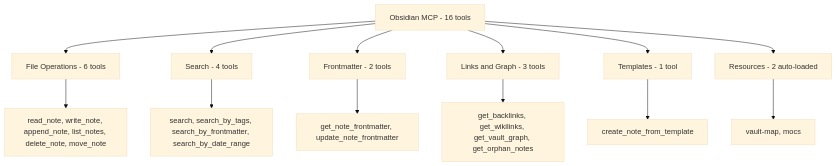
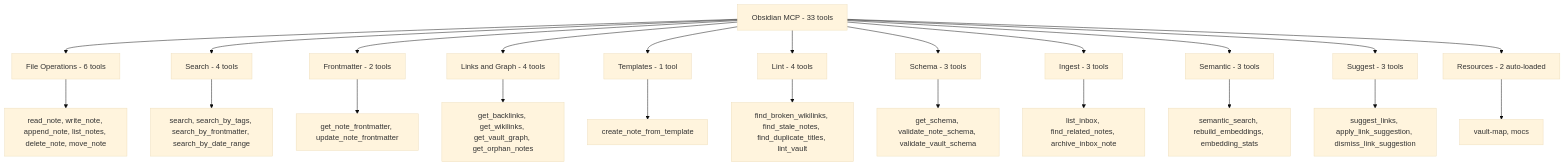
Before and after one commit to punparin/obsidian-mcp: the second of 3 diagrams in README.md, drawn with Mermaid (base theme). The commit also changed other lines of this file and 2 other files, not shown here.

Commit message:
docs: refresh tool counts and embedder notes for v0.8 (#26)

````diff
--- a/README.md
+++ b/README.md
@@ -32,18 +32,28 @@
 ```mermaid
 flowchart TD
-    MCP[Obsidian MCP - 16 tools]
+    MCP[Obsidian MCP - 33 tools]
 
     MCP --> FileOps[File Operations - 6 tools]
     MCP --> Search[Search - 4 tools]
     MCP --> Meta[Frontmatter - 2 tools]
-    MCP --> Links[Links and Graph - 3 tools]
+    MCP --> Links[Links and Graph - 4 tools]
     MCP --> Tpl[Templates - 1 tool]
+    MCP --> Lint[Lint - 4 tools]
+    MCP --> Schema[Schema - 3 tools]
+    MCP --> Ingest[Ingest - 3 tools]
+    MCP --> Sem[Semantic - 3 tools]
+    MCP --> Sug[Suggest - 3 tools]
     MCP --> Res[Resources - 2 auto-loaded]
 
     FileOps --> F1[read_note, write_note, append_note, list_notes, delete_note, move_note]
     Search --> S1[search, search_by_tags, search_by_frontmatter, search_by_date_range]
     Meta --> FM1[get_note_frontmatter, update_note_frontmatter]
     Links --> L1[get_backlinks, get_wikilinks, get_vault_graph, get_orphan_notes]
     Tpl --> T1[create_note_from_template]
+    Lint --> LI1[find_broken_wikilinks, find_stale_notes, find_duplicate_titles, lint_vault]
+    Schema --> SC1[get_schema, validate_note_schema, validate_vault_schema]
+    Ingest --> IN1[list_inbox, find_related_notes, archive_inbox_note]
+    Sem --> SM1[semantic_search, rebuild_embeddings, embedding_stats]
+    Sug --> SG1[suggest_links, apply_link_suggestion, dismiss_link_suggestion]
     Res --> R1[vault-map, mocs]
 ```
````
